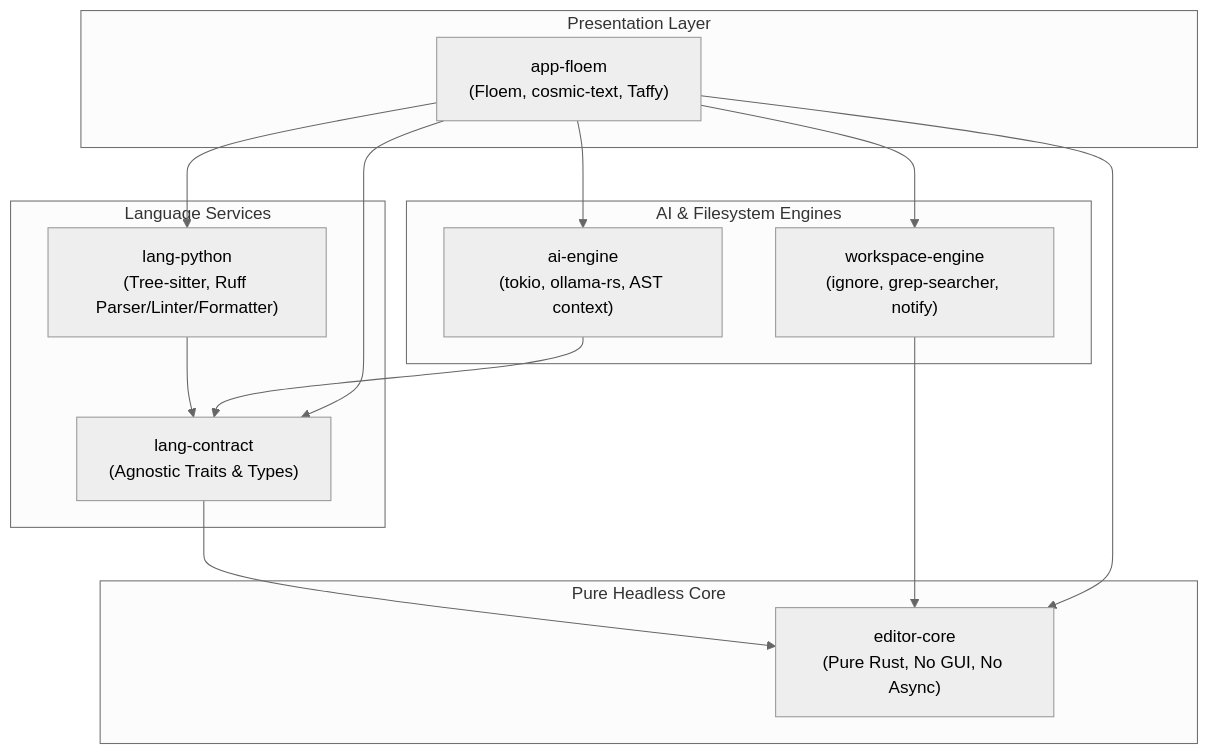
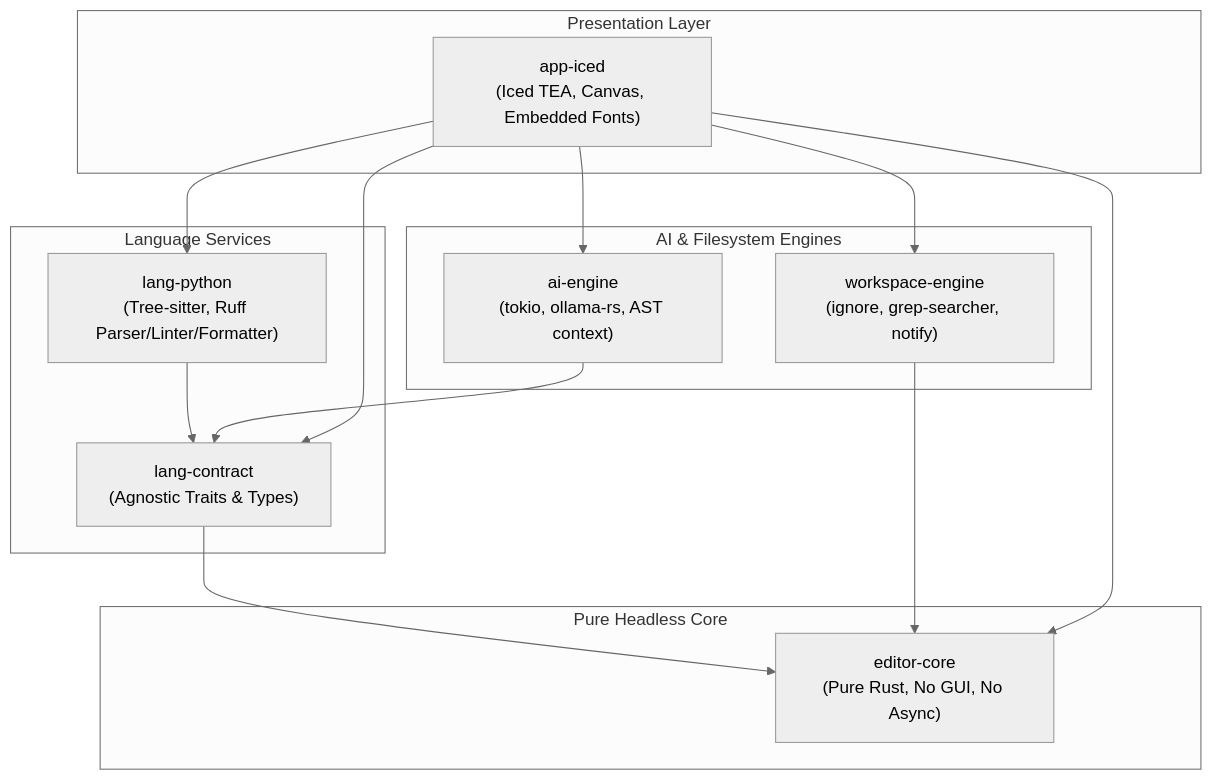
One commit to avisheksharmacoder/Lide changed the diagram in docs/ARCHITECTURE.md. Above: the diagram before and after it, drawn with Mermaid (neutral theme). The commit also changed other lines of this file and 80 other files, not shown here.

````diff
--- a/docs/ARCHITECTURE.md
+++ b/docs/ARCHITECTURE.md
@@ -57,29 +57,29 @@
 ```mermaid
 graph TD
     subgraph "Pure Headless Core"
         EC["editor-core\n(Pure Rust, No GUI, No Async)"]
     end
 
     subgraph "Language Services"
         LC["lang-contract\n(Agnostic Traits & Types)"]
         LP["lang-python\n(Tree-sitter, Ruff Parser/Linter/Formatter)"]
         LC --> EC
         LP --> LC
     end
 
     subgraph "AI & Filesystem Engines"
         WE["workspace-engine\n(ignore, grep-searcher, notify)"]
         AI["ai-engine\n(tokio, ollama-rs, AST context)"]
         WE --> EC
         AI --> LC
     end
 
     subgraph "Presentation Layer"
-        AF["app-floem\n(Floem, cosmic-text, Taffy)"]
-        AF --> EC
-        AF --> LC
-        AF --> LP
-        AF --> WE
-        AF --> AI
+        AIced["app-iced\n(Iced TEA, Canvas, Embedded Fonts)"]
+        AIced --> EC
+        AIced --> LC
+        AIced --> LP
+        AIced --> WE
+        AIced --> AI
     end
 ```
````
